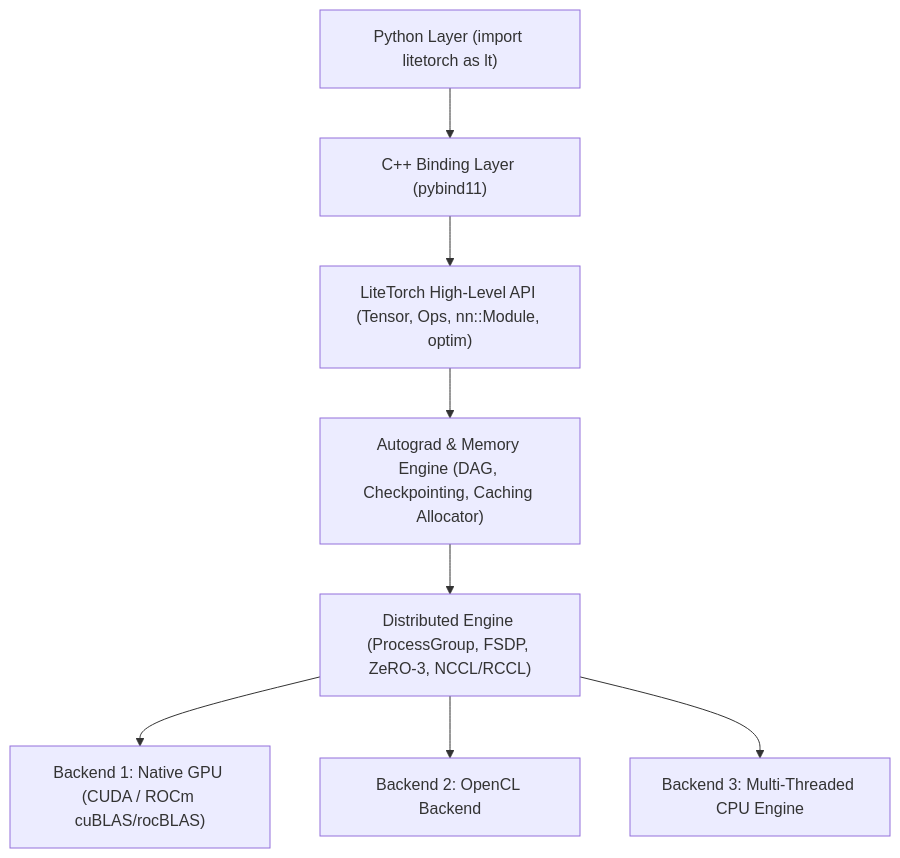
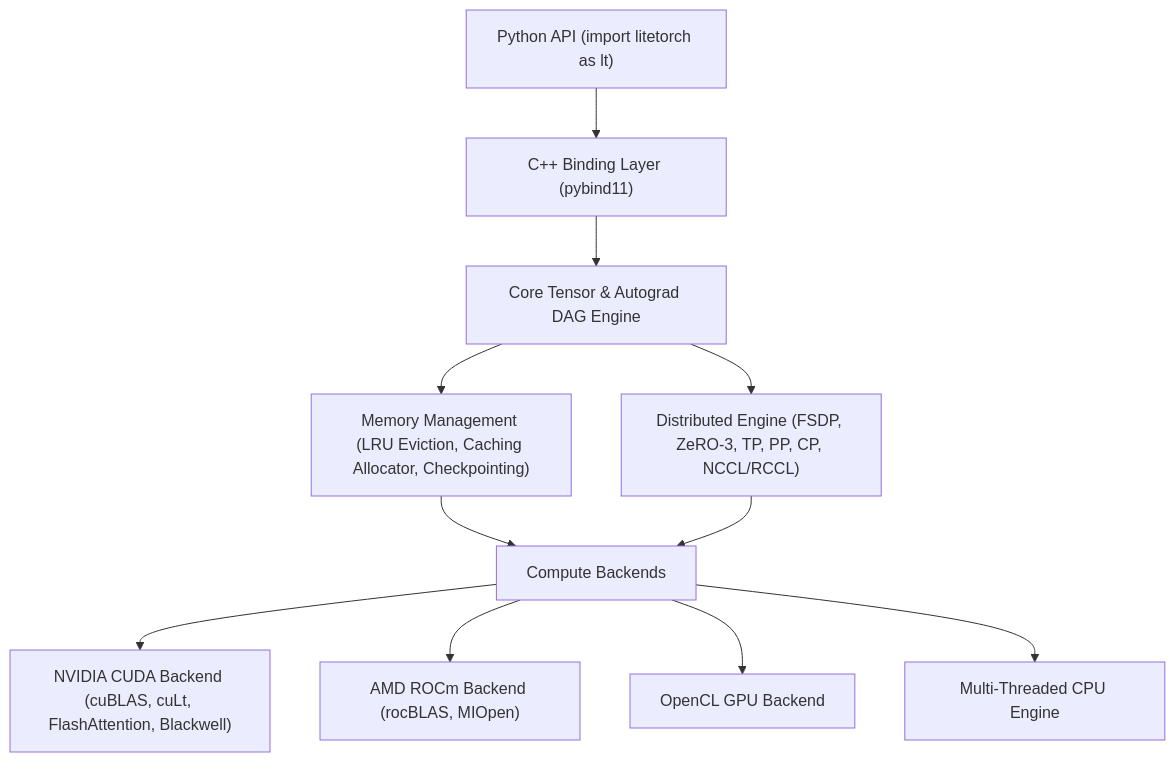
Before and after one commit to nguyenminh20000/Litetorch-: the diagram in README.md, drawn with Mermaid. The commit also changed other lines of this file and 12 other files, not shown here.

````diff
--- a/README.md
+++ b/README.md
@@ -60,10 +135,13 @@
 ```mermaid
 graph TD
-    A["Python Layer (import litetorch as lt)"] --> B["C++ Binding Layer (pybind11)"]
-    B --> C["LiteTorch High-Level API (Tensor, Ops, nn::Module, optim)"]
-    C --> D["Autograd & Memory Engine (DAG, Checkpointing, Caching Allocator)"]
-    D --> E["Distributed Engine (ProcessGroup, FSDP, ZeRO-3, NCCL/RCCL)"]
-    E --> F1["Backend 1: Native GPU (CUDA / ROCm cuBLAS/rocBLAS)"]
-    E --> F2["Backend 2: OpenCL Backend"]
-    E --> F3["Backend 3: Multi-Threaded CPU Engine"]
+    A["Python API (import litetorch as lt)"] --> B["C++ Binding Layer (pybind11)"]
+    B --> C["Core Tensor & Autograd DAG Engine"]
+    C --> D["Memory Management (LRU Eviction, Caching Allocator, Checkpointing)"]
+    C --> E["Distributed Engine (FSDP, ZeRO-3, TP, PP, CP, NCCL/RCCL)"]
+    D --> F["Compute Backends"]
+    E --> F
+    F --> G1["NVIDIA CUDA Backend (cuBLAS, cuLt, FlashAttention, Blackwell)"]
+    F --> G2["AMD ROCm Backend (rocBLAS, MIOpen)"]
+    F --> G3["OpenCL GPU Backend"]
+    F --> G4["Multi-Threaded CPU Engine"]
 ```
````
